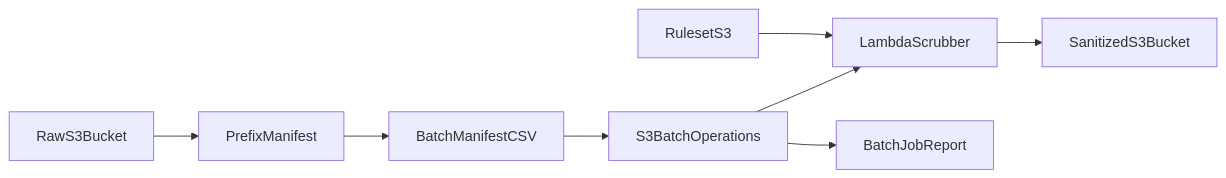
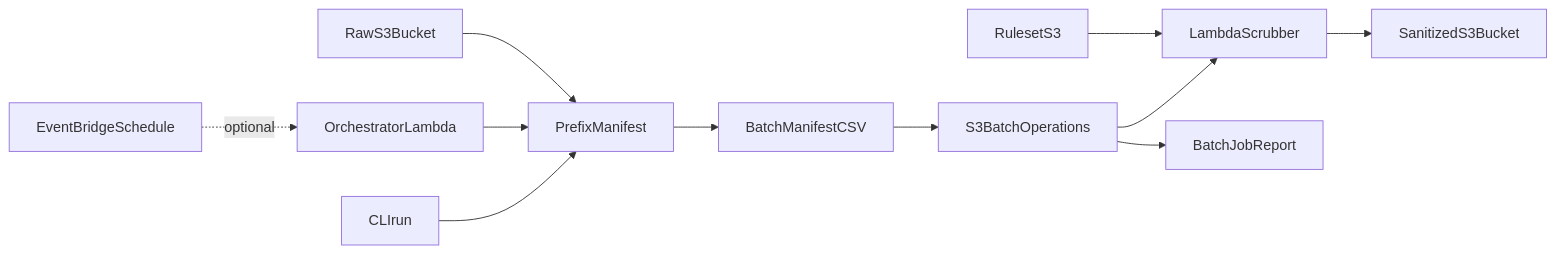
Before and after one commit to rampgrowth/kohort-s3-pii-scrubber: the diagram in docs/ARCHITECTURE.md, drawn with Mermaid. The commit also changed other lines of this file and 16 other files, not shown here.

First line of the commit message:
feat: Implement daily scheduling for orchestrator Lambda and enhance configuration options

````diff
--- a/docs/ARCHITECTURE.md
+++ b/docs/ARCHITECTURE.md
@@ -5,10 +5,13 @@
 ```mermaid
 flowchart LR
-  rawS3[RawS3Bucket] --> manifestGen[PrefixManifest]
+  schedule[EventBridgeSchedule] -.optional.-> orchestrator[OrchestratorLambda]
+  cli[CLIrun] --> manifestGen[PrefixManifest]
+  orchestrator --> manifestGen
+  rawS3[RawS3Bucket] --> manifestGen
   manifestGen --> manifest[BatchManifestCSV]
   manifest --> batchJob[S3BatchOperations]
   batchJob --> lambda[LambdaScrubber]
   lambda --> sanitizedS3[SanitizedS3Bucket]
   batchJob --> report[BatchJobReport]
   ruleset[RulesetS3] --> lambda
 ```
````
